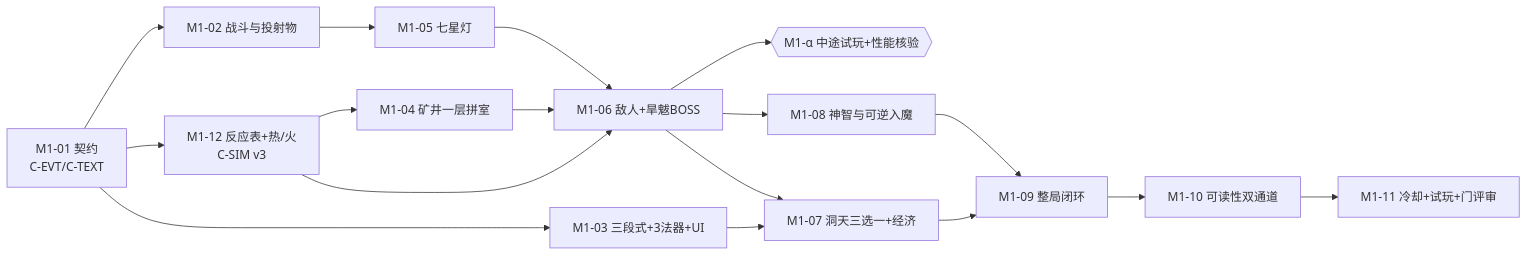
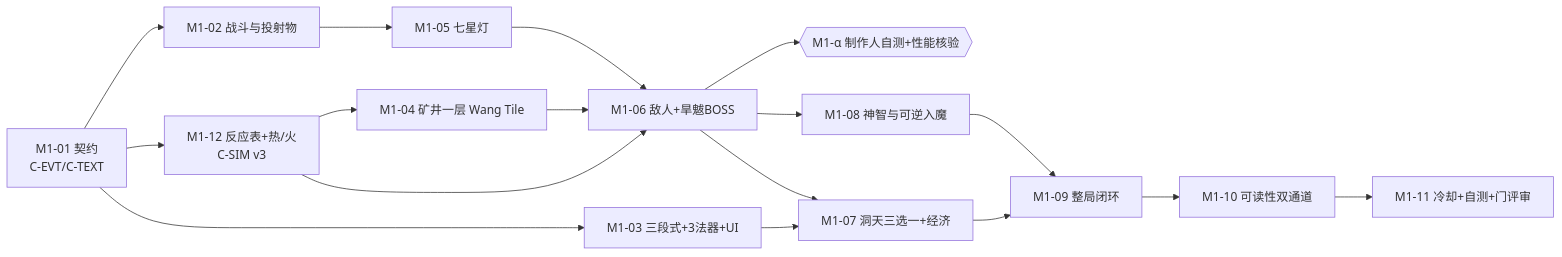
The diagram in docs/04-m1-plan.md (HaozhengDing/gameV0), drawn with Mermaid before and after one commit. The commit also changed other lines of this file and 12 other files, not shown here.

````diff
--- a/docs/04-m1-plan.md
+++ b/docs/04-m1-plan.md
@@ -60,19 +60,19 @@
 ```mermaid
 flowchart LR
   M01[M1-01 契约<br/>C-EVT/C-TEXT] --> M12[M1-12 反应表+热/火<br/>C-SIM v3]
   M01 --> M02[M1-02 战斗与投射物]
   M01 --> M03[M1-03 三段式+3法器+UI]
-  M12 --> M04[M1-04 矿井一层拼室]
+  M12 --> M04[M1-04 矿井一层 Wang Tile]
   M02 --> M05[M1-05 七星灯]
   M12 --> M06[M1-06 敌人+旱魃BOSS]
   M04 --> M06
   M05 --> M06
-  M06 --> ALPHA{{M1-α 中途试玩+性能核验}}
+  M06 --> ALPHA{{M1-α 制作人自测+性能核验}}
   M03 --> M07[M1-07 洞天三选一+经济]
   M06 --> M07
   M06 --> M08[M1-08 神智与可逆入魔]
   M07 --> M09[M1-09 整局闭环]
   M08 --> M09
   M09 --> M10[M1-10 可读性双通道]
-  M10 --> M11[M1-11 冷却+试玩+门评审]
+  M10 --> M11[M1-11 冷却+自测+门评审]
 ```
````
